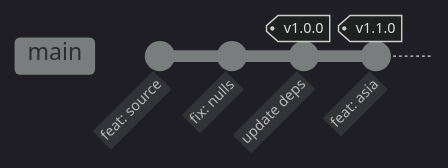
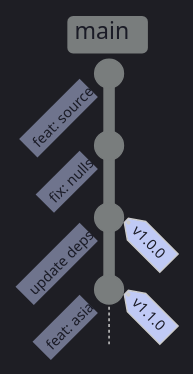
The first of 2 diagrams in content/08-Git/git-tagging-and-releases.md (alp78/elysium), drawn with Mermaid before and after one commit. The commit also changed other lines of this file and 11 other files, not shown here.

````diff
--- a/content/08-Git/git-tagging-and-releases.md
+++ b/content/08-Git/git-tagging-and-releases.md
@@ -38,8 +38,8 @@
 ```mermaid
-%%{init: {'theme': 'dark', 'gitGraph': {'mainBranchName': 'main'}} }%%
-gitGraph
+%%{init: {'theme': 'dark', 'themeVariables': {'commitLabelColor': '#1a1b26', 'commitLabelBackground': '#c0caf5', 'gitBranchLabel0': '#1a1b26', 'gitBranchLabel1': '#1a1b26', 'gitBranchLabel2': '#1a1b26', 'gitBranchLabel3': '#1a1b26', 'tagLabelColor': '#1a1b26', 'tagLabelBackground': '#c0caf5'}, 'gitGraph': {'mainBranchName': 'main'}} }%%
+gitGraph TB:
   commit id: "feat: source"
   commit id: "fix: nulls"
   commit id: "update deps" tag: "v1.0.0"
   commit id: "feat: asia" tag: "v1.1.0"
 ```
````
